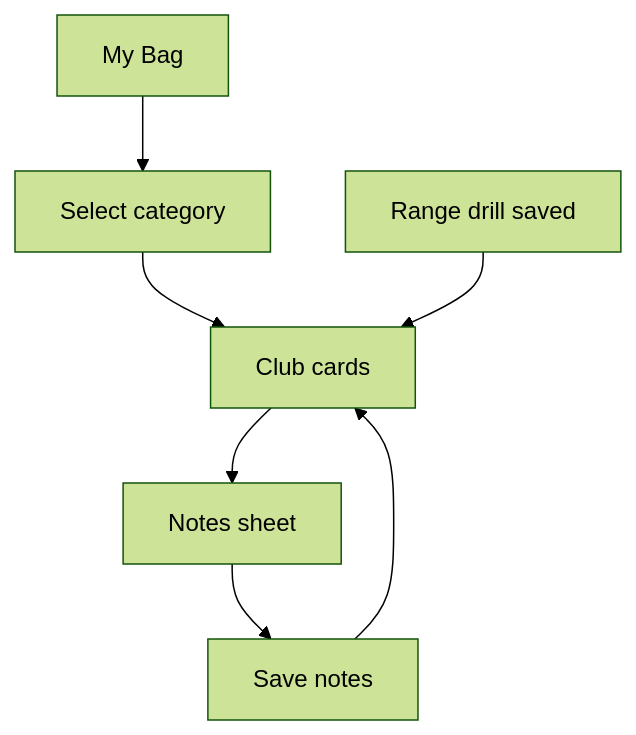
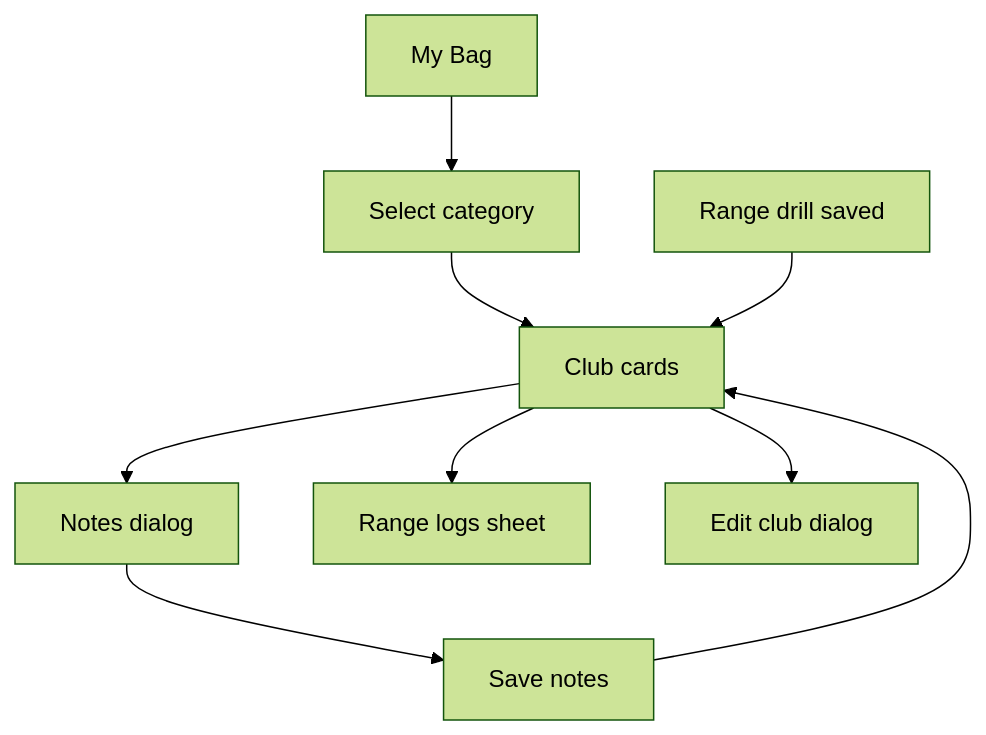
Before and after one commit to ograva/My-Golf-Diary: the diagram in docs/context/designs/Wireframe_MyBag.md, drawn with Mermaid (forest theme). The commit also changed other lines of this file and 11 other files, not shown here.

````diff
--- a/docs/context/designs/Wireframe_MyBag.md
+++ b/docs/context/designs/Wireframe_MyBag.md
@@ -94,9 +96,11 @@
 ```mermaid
 flowchart TD
   open[My Bag] --> chips[Select category]
   chips --> list[Club cards]
-  list --> sheet[Notes sheet]
+  list --> sheet[Notes dialog]
+  list --> logs[Range logs sheet]
+  list --> edit[Edit club dialog]
   sheet --> save[Save notes]
   save --> list
   rangeSave[Range drill saved] --> list
 ```
````
